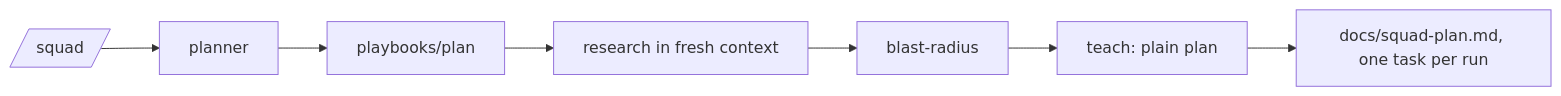
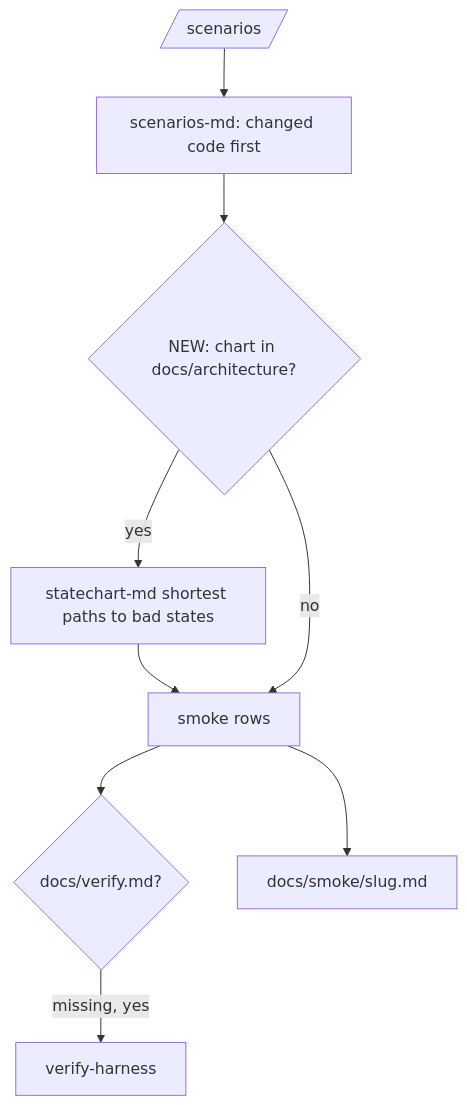
One commit to svennijhuis/agentPacks changed the third of 6 diagrams in docs/pbi/squad/FLOWS.md. Above: the diagram before and after it, drawn with Mermaid. The commit also changed other lines of this file and 21 other files, not shown here.

Commit message:
docs(pbi): STRUCTURE.md, pin or copy decision rule, FLOWS per existing command, good and bad example per PBI

````diff
--- a/docs/pbi/squad/FLOWS.md
+++ b/docs/pbi/squad/FLOWS.md
@@ -81,5 +109,11 @@
 ```mermaid
-flowchart LR
-  C[/squad/] --> P[planner] --> PB[playbooks/plan]
-  PB --> RS[research in fresh context] --> BR[blast-radius] --> T[teach: plain plan] --> F[docs/squad-plan.md, one task per run]
+flowchart TD
+  C[/scenarios/] --> S[scenarios-md: changed code first]
+  S --> CH{NEW: chart in docs/architecture?}
+  CH -->|yes| SP[statechart-md shortest paths to bad states]
+  SP --> ROWS[smoke rows]
+  CH -->|no| ROWS
+  ROWS --> VH{docs/verify.md?}
+  VH -->|missing, yes| H[verify-harness]
+  ROWS --> OUT[docs/smoke/slug.md]
 ```
````
